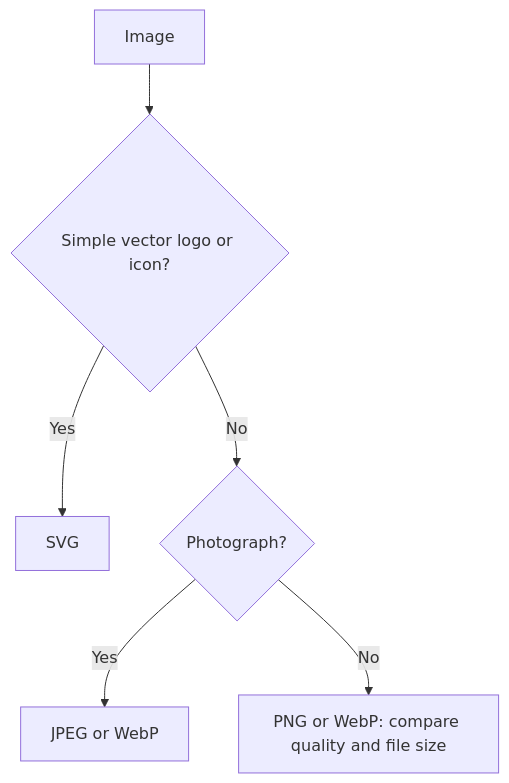
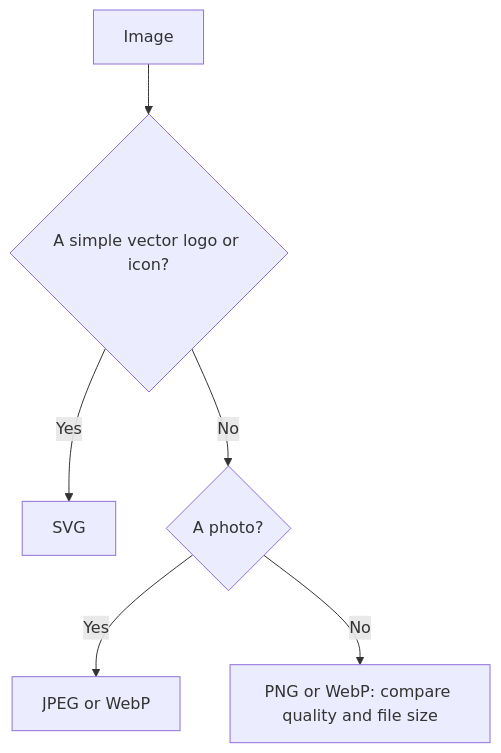
Before and after one commit to JLearn-space/JLearn-docs: the first of 2 diagrams in HTML/Lesson-4/en/Images and media.md, drawn with Mermaid. The commit also changed other lines of this file and 148 other files, not shown here.

````diff
--- a/HTML/Lesson-4/en/Images and media.md
+++ b/HTML/Lesson-4/en/Images and media.md
@@ -166,8 +150,8 @@
 ```mermaid
 flowchart TD
-    A["Image"] --> B{"Simple vector logo or icon?"}
+    A["Image"] --> B{"A simple vector logo or icon?"}
     B -->|Yes| C["SVG"]
-    B -->|No| D{"Photograph?"}
+    B -->|No| D{"A photo?"}
     D -->|Yes| E["JPEG or WebP"]
     D -->|No| F["PNG or WebP: compare quality and file size"]
 ```
````
